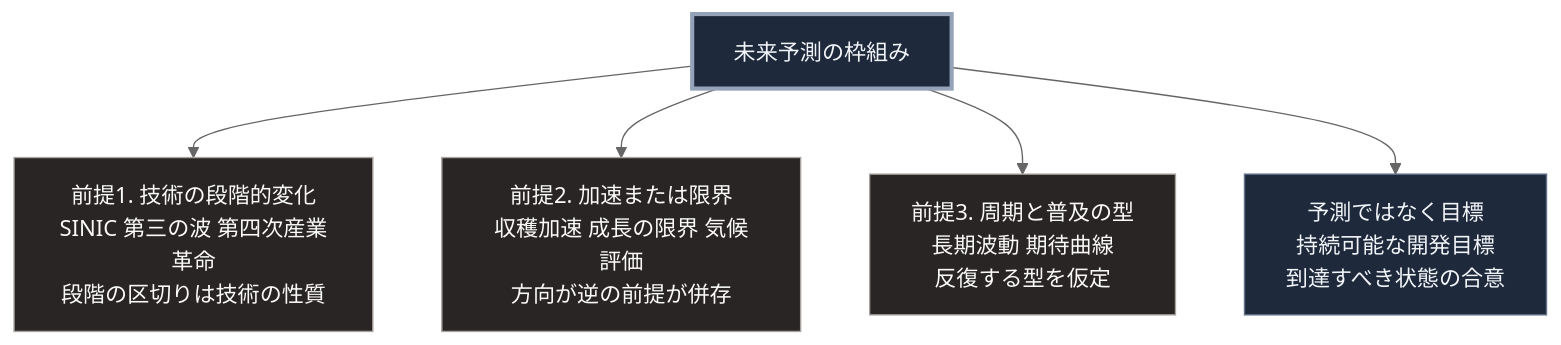
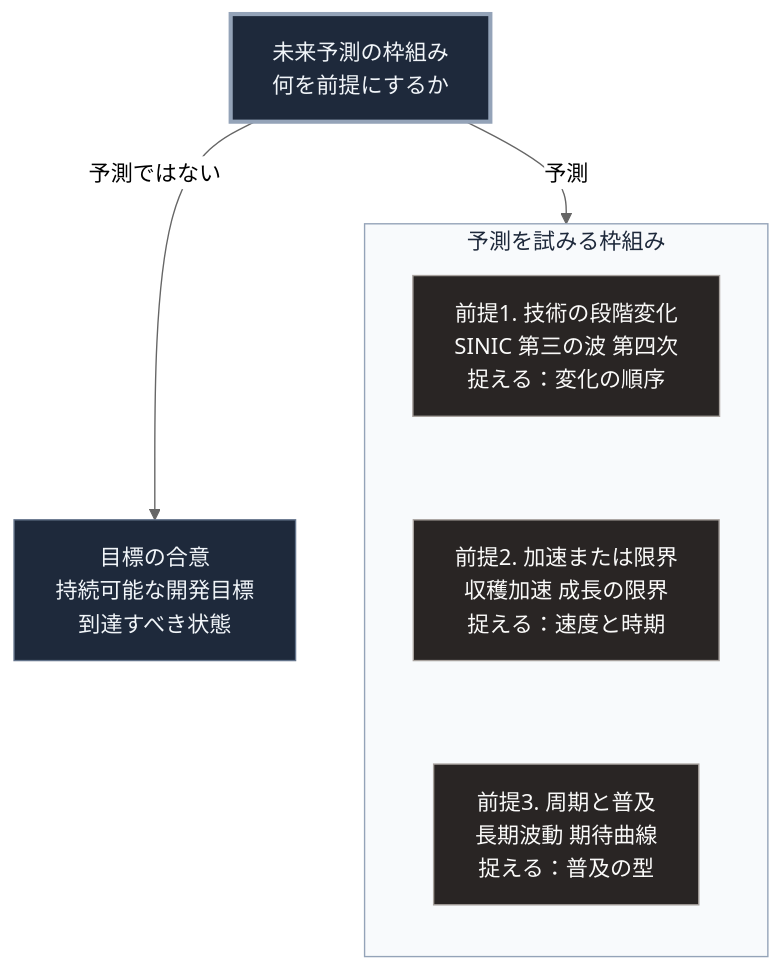
One commit to Takenori-Kusaka/zenn-content changed the diagram in books/sovereign-resilience-blueprint/18_sinic-theory-framework.md. Above: the diagram before and after it, drawn with Mermaid (neutral theme). The commit also changed other lines of this file and 114 other files, not shown here.

````diff
--- a/books/sovereign-resilience-blueprint/18_sinic-theory-framework.md
+++ b/books/sovereign-resilience-blueprint/18_sinic-theory-framework.md
@@ -65,14 +67,18 @@
 ```mermaid
 flowchart TD
-    Q[未来予測の枠組み]
-    Q --> A[前提1. 技術の段階的変化<br>SINIC 第三の波 第四次産業革命<br>段階の区切りは技術の性質]
-    Q --> B[前提2. 加速または限界<br>収穫加速 成長の限界 気候評価<br>方向が逆の前提が併存]
-    Q --> C[前提3. 周期と普及の型<br>長期波動 期待曲線<br>反復する型を仮定]
-    Q --> D[予測ではなく目標<br>持続可能な開発目標<br>到達すべき状態の合意]
+    Q[未来予測の枠組み<br>何を前提にするか]
+    subgraph G[予測を試みる枠組み]
+        direction TB
+        A[前提1. 技術の段階変化<br>SINIC 第三の波 第四次<br>捉える：変化の順序] ~~~ B[前提2. 加速または限界<br>収穫加速 成長の限界<br>捉える：速度と時期]
+        B ~~~ C[前提3. 周期と普及<br>長期波動 期待曲線<br>捉える：普及の型]
+    end
+    Q -->|予測| G
+    Q -->|予測ではない| D[目標の合意<br>持続可能な開発目標<br>到達すべき状態]
 
     style Q fill:#1e293b,stroke:#94a3b8,stroke-width:3px,color:#f1f5f9
+    style G fill:#f8fafc,stroke:#94a3b8,color:#1e293b
     style A fill:#292524,stroke:#a8a29e,color:#fafaf9
     style B fill:#292524,stroke:#a8a29e,color:#fafaf9
     style C fill:#292524,stroke:#a8a29e,color:#fafaf9
     style D fill:#1e293b,stroke:#64748b,color:#f1f5f9
 ```
````
